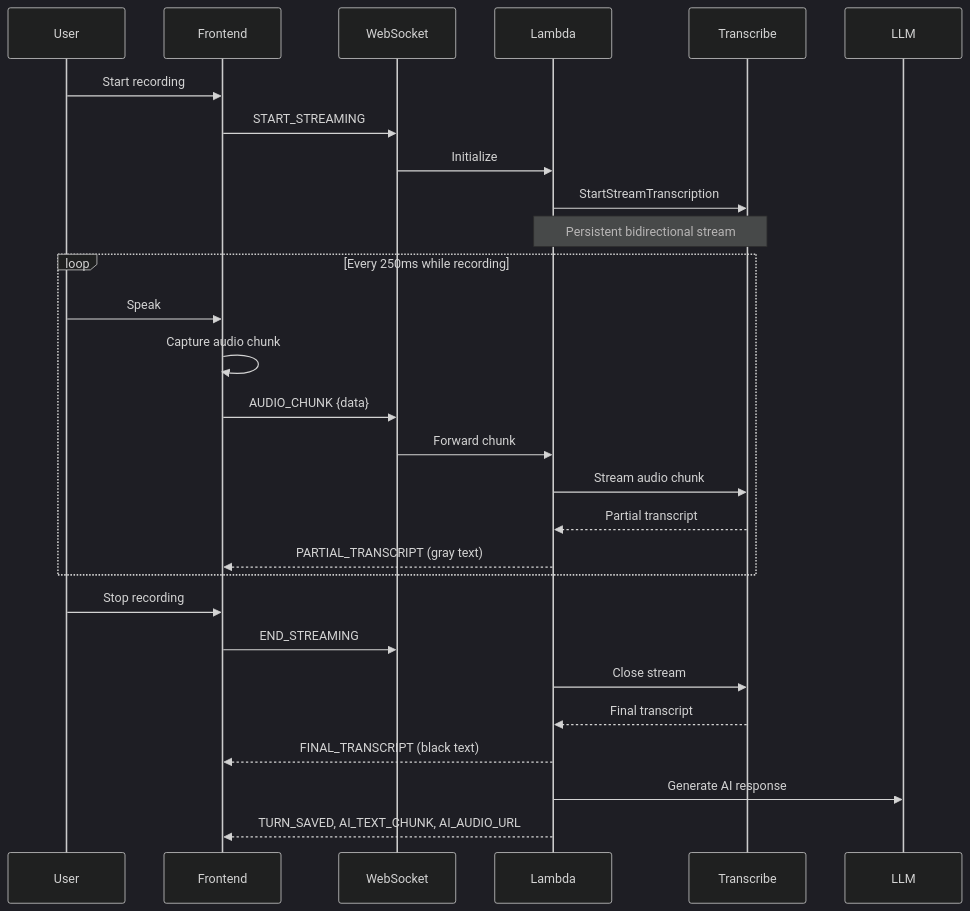
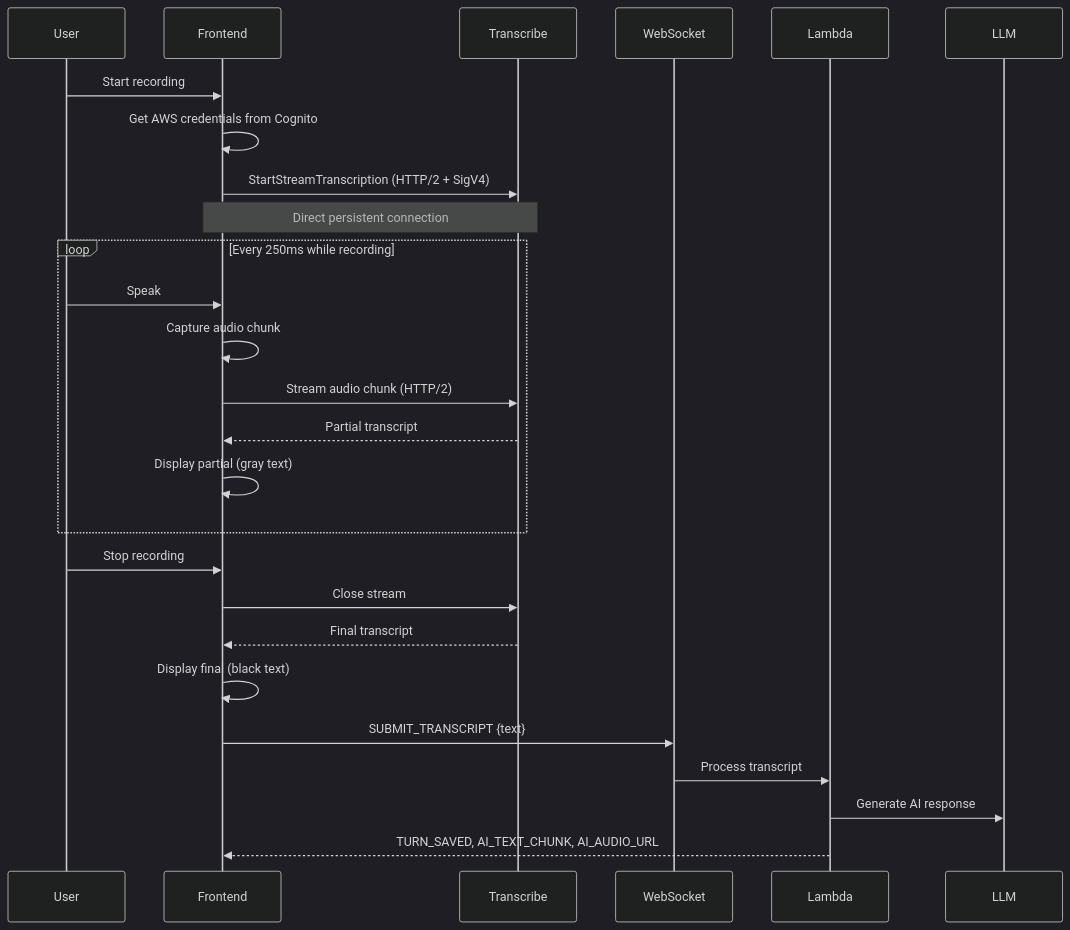
Before and after one commit to ngoctinn/lexi-fe: the second of 2 diagrams in .kiro/specs/streaming-transcription/design.md, drawn with Mermaid (dark theme). The commit also changed other lines of this file and 32 other files, not shown here.

First line of the commit message:
feat: Implement client-side streaming transcription with Amazon Transcribe

````diff
--- a/.kiro/specs/streaming-transcription/design.md
+++ b/.kiro/specs/streaming-transcription/design.md
@@ -69,34 +84,32 @@
 ```mermaid
 sequenceDiagram
     participant User
     participant Frontend
+    participant Transcribe
     participant WebSocket
     participant Lambda
-    participant Transcribe
     participant LLM
 
     User->>Frontend: Start recording
-    Frontend->>WebSocket: START_STREAMING
-    WebSocket->>Lambda: Initialize
-    Lambda->>Transcribe: StartStreamTranscription
-    Note over Lambda,Transcribe: Persistent bidirectional stream
+    Frontend->>Frontend: Get AWS credentials from Cognito
+    Frontend->>Transcribe: StartStreamTranscription (HTTP/2 + SigV4)
+    Note over Frontend,Transcribe: Direct persistent connection
     
     loop Every 250ms while recording
         User->>Frontend: Speak
         Frontend->>Frontend: Capture audio chunk
-        Frontend->>WebSocket: AUDIO_CHUNK {data}
-        WebSocket->>Lambda: Forward chunk
-        Lambda->>Transcribe: Stream audio chunk
-        Transcribe-->>Lambda: Partial transcript
-        Lambda-->>Frontend: PARTIAL_TRANSCRIPT (gray text)
+        Frontend->>Transcribe: Stream audio chunk (HTTP/2)
+        Transcribe-->>Frontend: Partial transcript
+        Frontend->>Frontend: Display partial (gray text)
     end
     
     User->>Frontend: Stop recording
-    Frontend->>WebSocket: END_STREAMING
-    Lambda->>Transcribe: Close stream
-    Transcribe-->>Lambda: Final transcript
-    Lambda-->>Frontend: FINAL_TRANSCRIPT (black text)
+    Frontend->>Transcribe: Close stream
+    Transcribe-->>Frontend: Final transcript
+    Frontend->>Frontend: Display final (black text)
     
+    Frontend->>WebSocket: SUBMIT_TRANSCRIPT {text}
+    WebSocket->>Lambda: Process transcript
     Lambda->>LLM: Generate AI response
     Lambda-->>Frontend: TURN_SAVED, AI_TEXT_CHUNK, AI_AUDIO_URL
 ```
````
